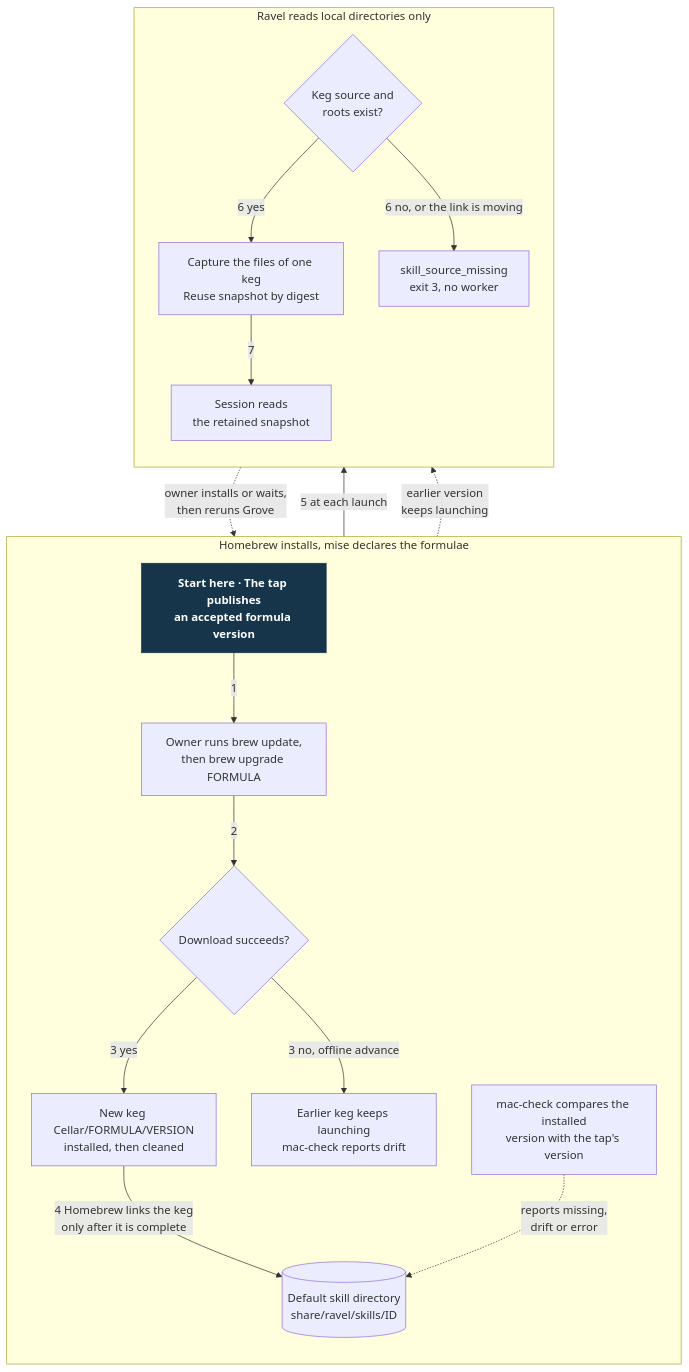
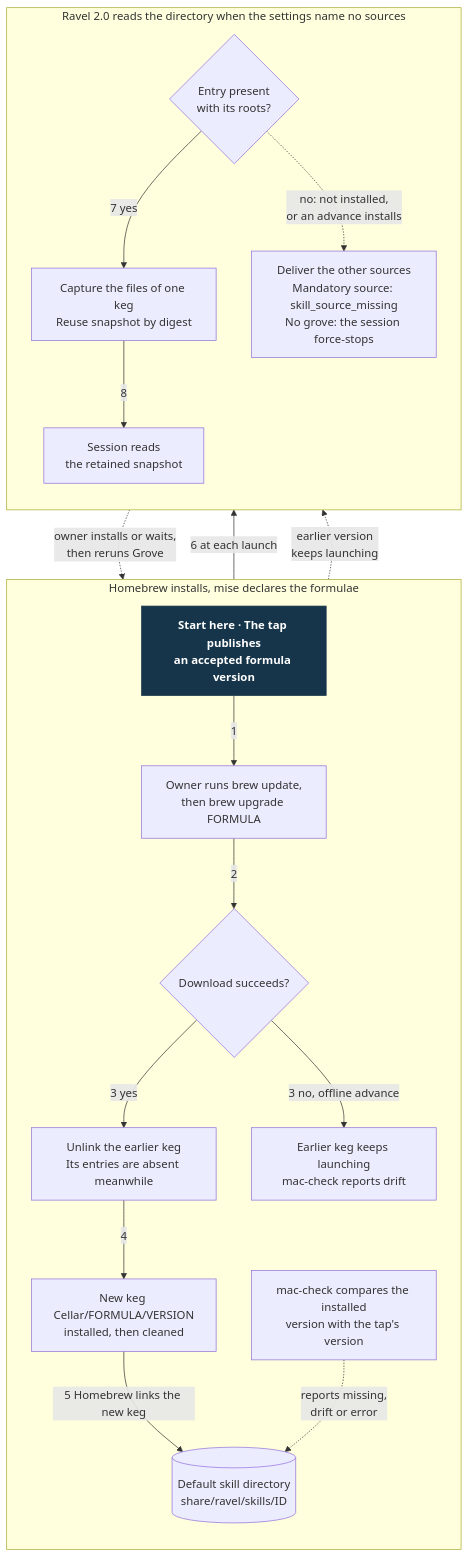
One commit to Linkuistics/grove changed the diagram in docs/design/harness-selection-and-execution/owner-skill-formulae.mmd. Above: the diagram before and after it, drawn with Mermaid. The commit also changed 15 other files, not shown here.

First line of the commit message:
Design Ravel's default skill directory and the native settings of the switch (ravel-default-skill-directory-k218)

```diff
--- a/docs/design/harness-selection-and-execution/owner-skill-formulae.mmd
+++ b/docs/design/harness-selection-and-execution/owner-skill-formulae.mmd
@@ -1,32 +1,34 @@
 flowchart TB
     subgraph brew["Homebrew installs, mise declares the formulae"]
         direction TB
         A["Start here · The tap publishes<br/>an accepted formula version"]
         B["Owner runs brew update,<br/>then brew upgrade FORMULA"]
         E{"Download succeeds?"}
+        U["Unlink the earlier keg<br/>Its entries are absent meanwhile"]
         C["New keg Cellar/FORMULA/VERSION<br/>installed, then cleaned"]
         O[("Default skill directory<br/>share/ravel/skills/ID")]
         F["Earlier keg keeps launching<br/>mac-check reports drift"]
         K["mac-check compares the installed<br/>version with the tap's version"]
         A -->|1| B
         B -->|2| E
-        E -->|"3 yes"| C
-        C -->|"4 Homebrew links the keg<br/>only after it is complete"| O
+        E -->|"3 yes"| U
+        U -->|4| C
+        C -->|"5 Homebrew links the new keg"| O
         E -->|"3 no, offline advance"| F
         K -.->|"reports missing,<br/>drift or error"| O
     end
-    subgraph ravel["Ravel reads local directories only"]
+    subgraph ravel["Ravel 2.0 reads the directory when the settings name no sources"]
         direction TB
-        G{"Keg source and<br/>roots exist?"}
+        G{"Entry present<br/>with its roots?"}
         H["Capture the files of one keg<br/>Reuse snapshot by digest"]
-        I["skill_source_missing<br/>exit 3, no worker"]
+        M["Deliver the other sources<br/>Mandatory source: skill_source_missing<br/>No grove: the session force-stops"]
         J["Session reads<br/>the retained snapshot"]
-        G -->|"6 yes"| H
-        G -->|"6 no, or the link is moving"| I
-        H -->|7| J
+        G -->|"7 yes"| H
+        G -.->|"no: not installed,<br/>or an advance installs"| M
+        H -->|8| J
     end
-    O -->|"5 at each launch"| G
+    O -->|"6 at each launch"| G
     F -.->|"earlier version<br/>keeps launching"| G
-    I -.->|"owner installs or waits,<br/>then reruns Grove"| B
+    M -.->|"owner installs or waits,<br/>then reruns Grove"| B
     classDef start fill:#16354a,color:#fff,stroke:#16354a,font-weight:bold
     class A start
```
